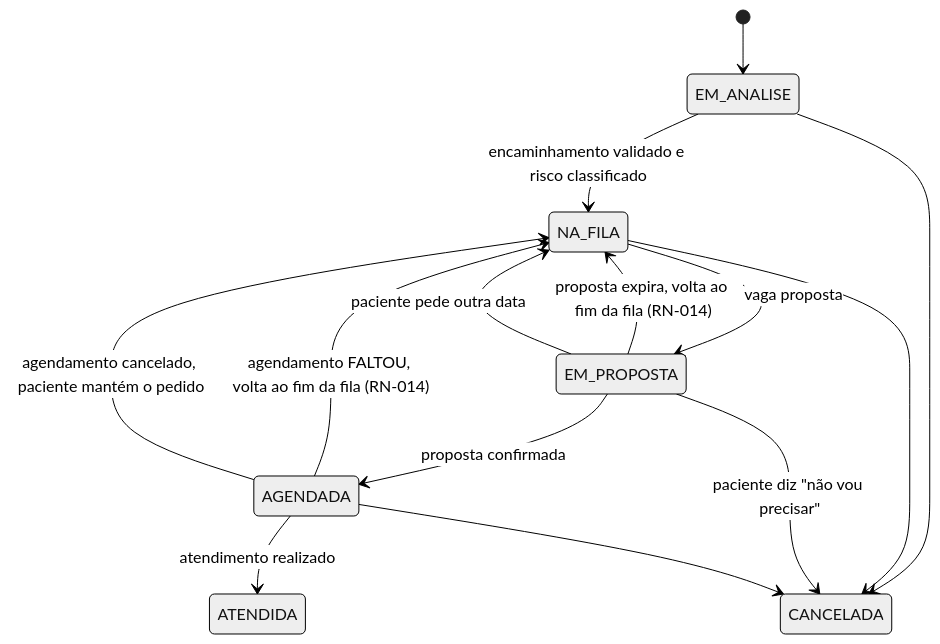
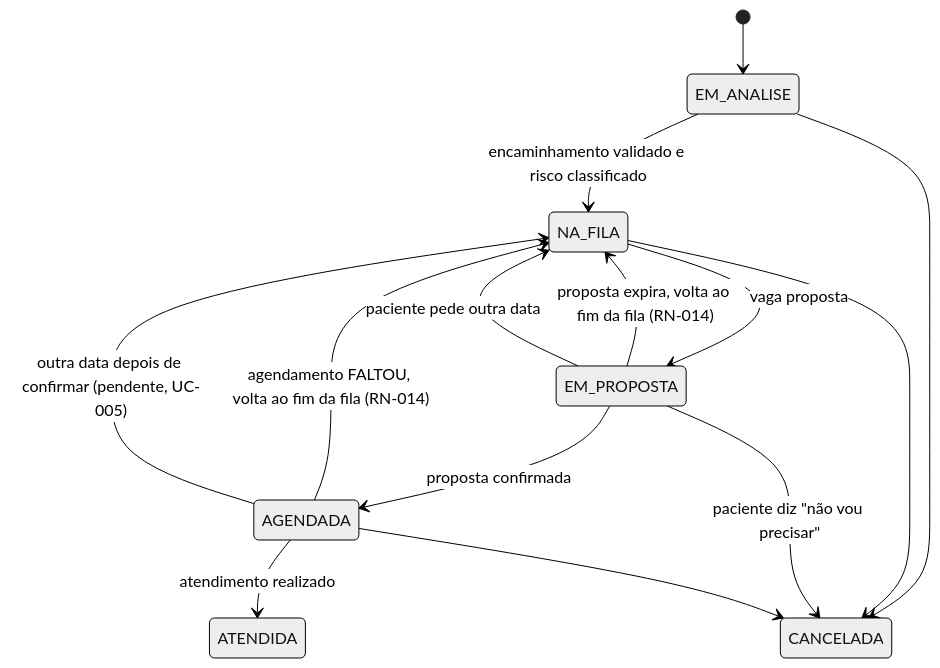
Before and after one commit to JoaoAzevedo184/Central-Saude-UPE: the second of 2 diagrams in docs/requirements/business-rules.md, drawn with Mermaid (neutral theme). The commit also changed other lines of this file and 1 other file, not shown here.

Commit message:
feat(docs): atualizar regras de negócio e requisitos funcionais sobre cancelamento e pedido de nova data

````diff
--- a/docs/requirements/business-rules.md
+++ b/docs/requirements/business-rules.md
@@ -26,16 +26,16 @@
 ```mermaid
 stateDiagram-v2
   [*] --> EM_ANALISE
   EM_ANALISE --> NA_FILA: encaminhamento validado e risco classificado
   NA_FILA --> EM_PROPOSTA: vaga proposta
   EM_PROPOSTA --> AGENDADA: proposta confirmada
   EM_PROPOSTA --> NA_FILA: proposta expira, volta ao fim da fila (RN-014)
   EM_PROPOSTA --> NA_FILA: paciente pede outra data
   AGENDADA --> NA_FILA: agendamento FALTOU, volta ao fim da fila (RN-014)
-  AGENDADA --> NA_FILA: agendamento cancelado, paciente mantém o pedido
+  AGENDADA --> NA_FILA: outra data depois de confirmar (pendente, UC-005)
   AGENDADA --> ATENDIDA: atendimento realizado
   EM_ANALISE --> CANCELADA
   NA_FILA --> CANCELADA
   EM_PROPOSTA --> CANCELADA: paciente diz "não vou precisar"
   AGENDADA --> CANCELADA
 ```
````
